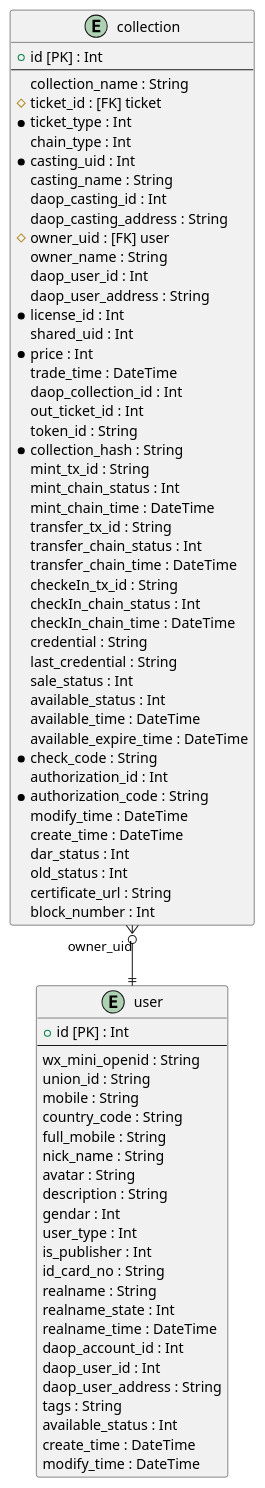
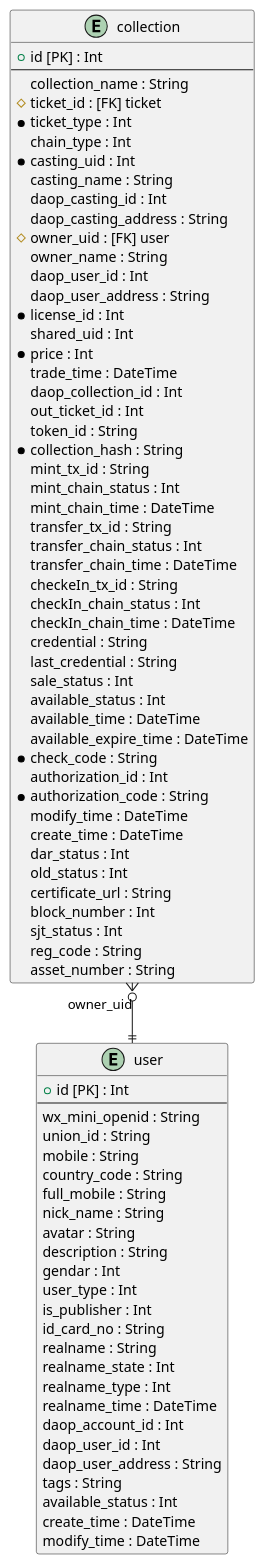
Before and after one commit to yuyongpeng/admin-server: diagram 26 of 28 in src/doc/ER-D.puml, drawn with PlantUML. The commit also changed other lines of this file and 10 other files, not shown here.

```diff
--- a/src/doc/ER-D.puml
+++ b/src/doc/ER-D.puml
@@ -1906,83 +1943,87 @@
 @startuml user
 skinparam linetype ortho
 entity "collection" as collection {
 + id [PK] : Int 
 --
   collection_name : String
   # ticket_id : [FK] ticket
   * ticket_type : Int
   chain_type : Int
   * casting_uid : Int
   casting_name : String
   daop_casting_id : Int
   daop_casting_address : String
   # owner_uid : [FK] user
   owner_name : String
   daop_user_id : Int
   daop_user_address : String
   * license_id : Int
   shared_uid : Int
   * price : Int
   trade_time : DateTime
   daop_collection_id : Int
   out_ticket_id : Int
   token_id : String
   * collection_hash : String
   mint_tx_id : String
   mint_chain_status : Int
   mint_chain_time : DateTime
   transfer_tx_id : String
   transfer_chain_status : Int
   transfer_chain_time : DateTime
   checkeIn_tx_id : String
   checkIn_chain_status : Int
   checkIn_chain_time : DateTime
   credential : String
   last_credential : String
   sale_status : Int
   available_status : Int
   available_time : DateTime
   available_expire_time : DateTime
   * check_code : String
   authorization_id : Int
   * authorization_code : String
   modify_time : DateTime
   create_time : DateTime
   dar_status : Int
   old_status : Int
   certificate_url : String
   block_number : Int
+  sjt_status : Int
+  reg_code : String
+  asset_number : String
 }
 
 entity "user" as user {
 + id [PK] : Int 
 --
   wx_mini_openid : String
   union_id : String
   mobile : String
   country_code : String
   full_mobile : String
   nick_name : String
   avatar : String
   description : String
   gendar : Int
   user_type : Int
   is_publisher : Int
   id_card_no : String
   realname : String
   realname_state : Int
+  realname_type : Int
   realname_time : DateTime
   daop_account_id : Int
   daop_user_id : Int
   daop_user_address : String
   tags : String
   available_status : Int
   create_time : DateTime
   modify_time : DateTime
 }
 
 ' Relations
 collection }o--|| user: owner_uid
 ' ManyToMany Relations
 ' enum relations
 @enduml
```
